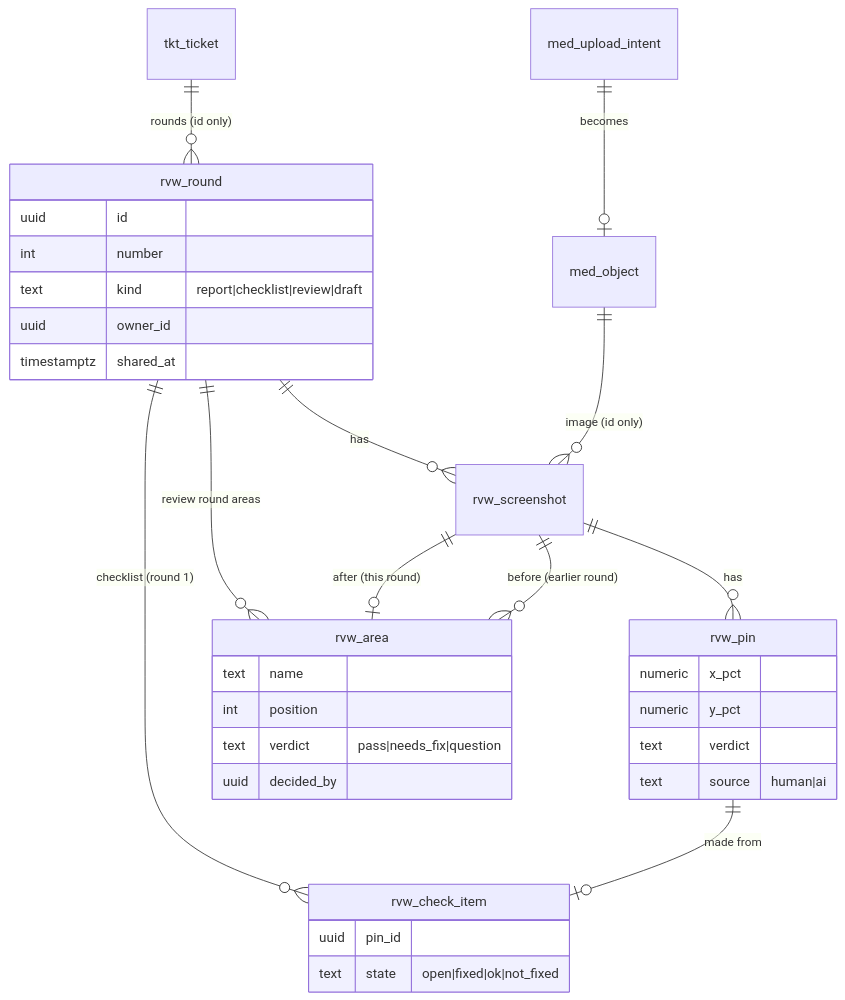
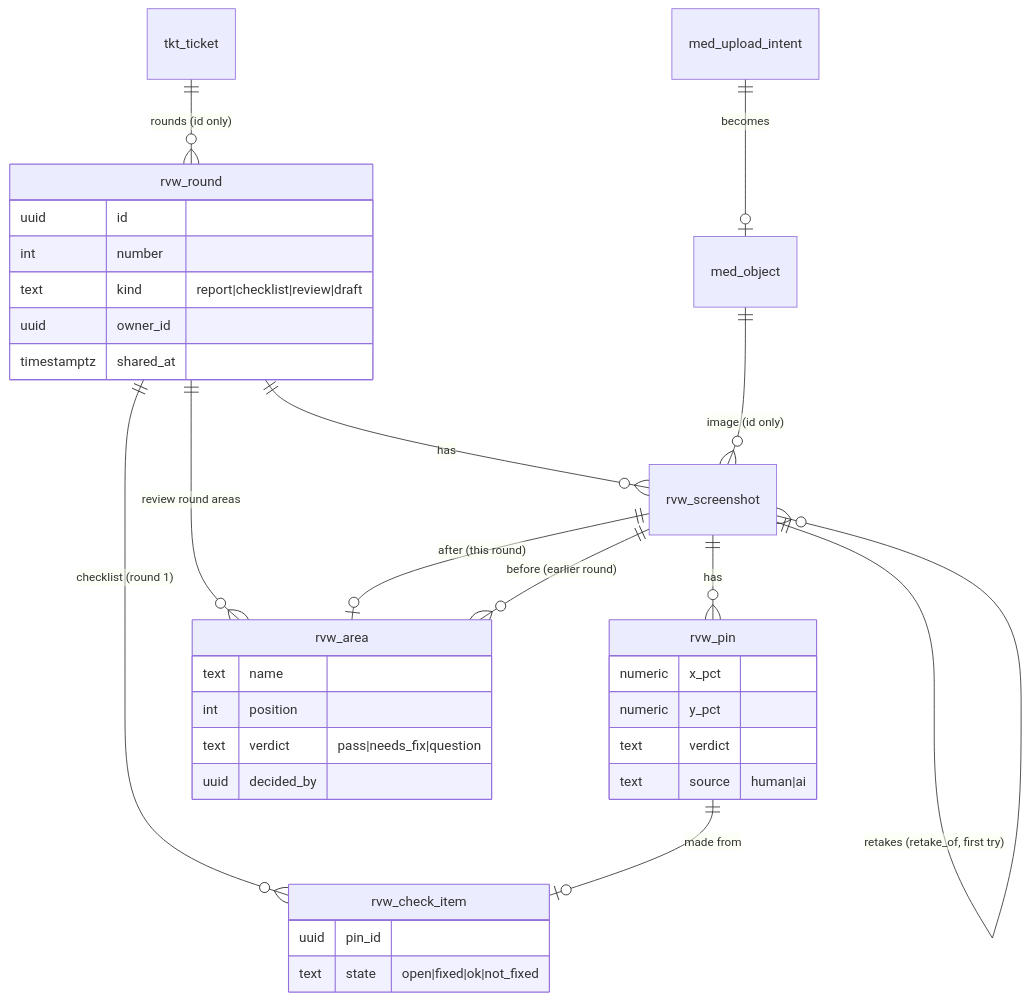
One commit to Mir-Zairan/pinround-symfony changed the third of 4 diagrams in docs/02-architecture/data-model.md. Above: the diagram before and after it, drawn with Mermaid. The commit also changed other lines of this file and 1 other file, not shown here.

First line of the commit message:
Describe rvw_screenshot.retake_of and screenshot tries in the docs

````diff
--- a/docs/02-architecture/data-model.md
+++ b/docs/02-architecture/data-model.md
@@ -113,36 +113,37 @@
 ```mermaid
 erDiagram
   tkt_ticket ||--o{ rvw_round : "rounds (id only)"
   rvw_round ||--o{ rvw_screenshot : has
   rvw_screenshot ||--o{ rvw_pin : has
+  rvw_screenshot ||--o{ rvw_screenshot : "retakes (retake_of, first try)"
   rvw_round ||--o{ rvw_check_item : "checklist (round 1)"
   rvw_pin ||--o| rvw_check_item : "made from"
   rvw_round ||--o{ rvw_area : "review round areas"
   rvw_screenshot ||--o| rvw_area : "after (this round)"
   rvw_screenshot ||--o{ rvw_area : "before (earlier round)"
   med_object ||--o{ rvw_screenshot : "image (id only)"
   med_upload_intent ||--o| med_object : becomes
   rvw_round {
     uuid id
     int number
     text kind "report|checklist|review|draft"
     uuid owner_id
     timestamptz shared_at
   }
   rvw_pin {
     numeric x_pct
     numeric y_pct
     text verdict
     text source "human|ai"
   }
   rvw_area {
     text name
     int position
     text verdict "pass|needs_fix|question"
     uuid decided_by
   }
   rvw_check_item {
     uuid pin_id
     text state "open|fixed|ok|not_fixed"
   }
 ```
````
